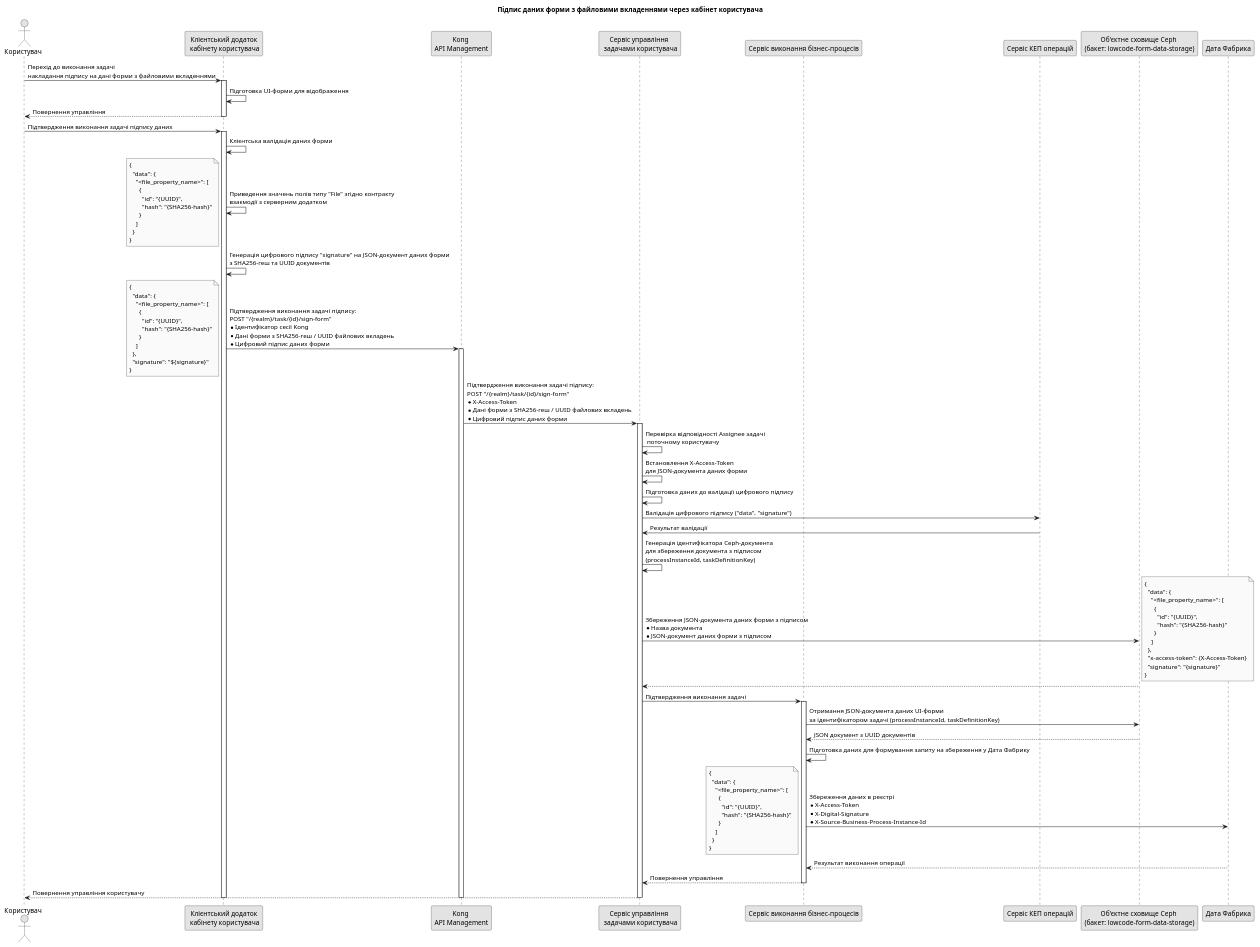
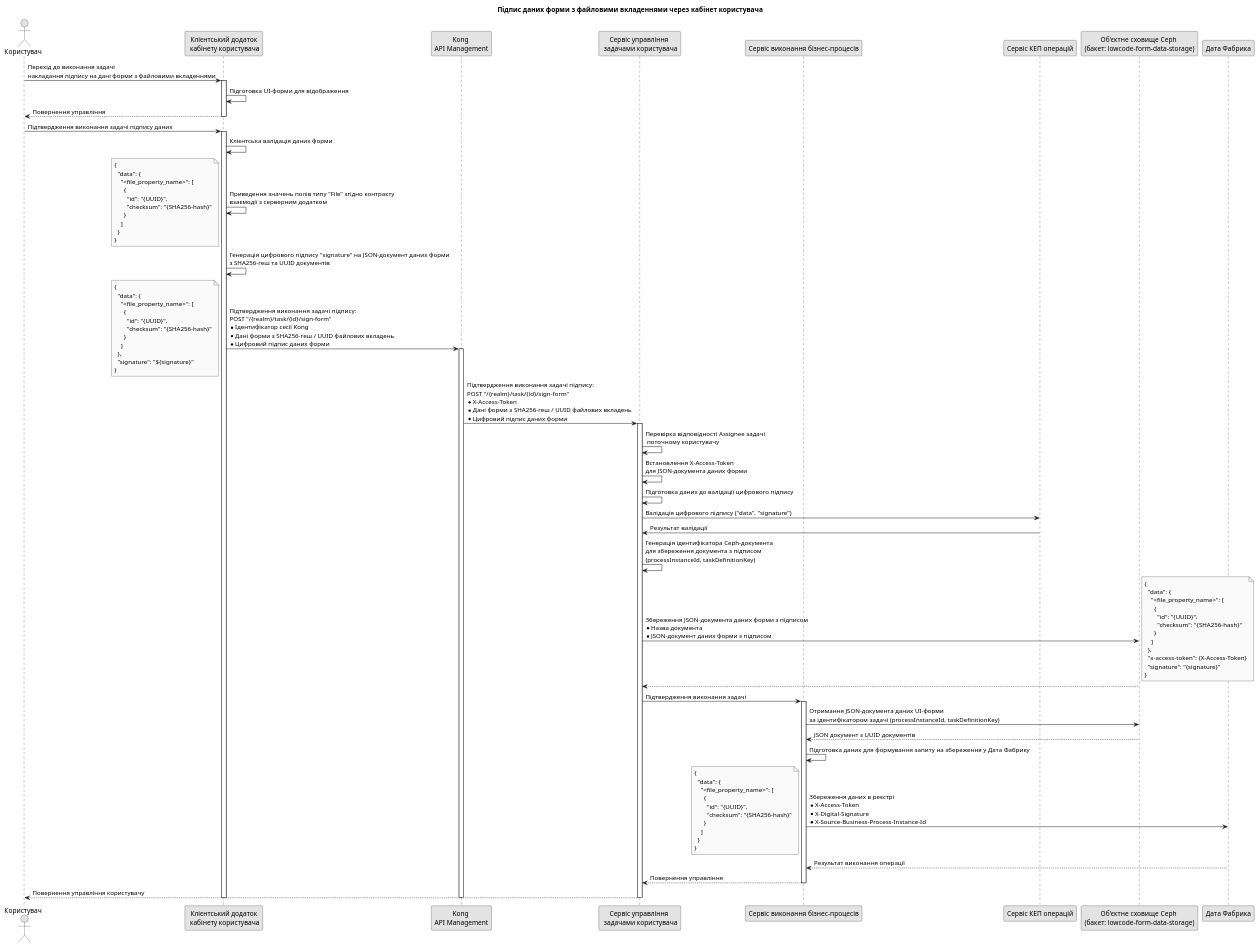
Before and after one commit to epam/edp-ddm-architecture: the diagram in modules/ROOT/partials/lowcode/file-signing.puml, drawn with PlantUML. The commit also changed 4 other files, not shown here.

```diff
--- a/modules/ROOT/partials/lowcode/file-signing.puml
+++ b/modules/ROOT/partials/lowcode/file-signing.puml
@@ -1,106 +1,106 @@
 @startuml
 skinparam monochrome true
 
 actor "Користувач" as user
 participant "Клієнтський додаток\n кабінету користувача" as cabinet
 participant "Kong \nAPI Management" as kong
 participant "Сервіс управління \n задачами користувача" as user_task_mngmnt
 participant "Сервіс виконання бізнес-процесів" as bpms
 participant "Сервіс КЕП операцій" as dso
 participant "Об'єктне сховище Ceph \n(бакет: lowcode-form-data-storage)" as form_data_ceph
 participant "Дата Фабрика" as data_factory
 
 skinparam responseMessageBelowArrow false
 title Підпис даних форми з файловими вкладеннями через кабінет користувача
 
 user -> cabinet: Перехід до виконання задачі \nнакладання підпису на дані форми з файловими вкладеннями
 activate cabinet
   cabinet -> cabinet: Підготовка UI-форми для відображення
   cabinet --> user: Повернення управління
 deactivate cabinet
 
 user -> cabinet: Підтвердження виконання задачі підпису даних
 activate cabinet
   cabinet -> cabinet: Клієнтська валідація даних форми
   cabinet -> cabinet: Приведення значень полів типу "File" згідно контракту \nвзаємодії з серверним додатком
   note left
     {
       "data": {
         "<file_property_name>": [
           {
             "id": "{UUID}",
-            "hash": "{SHA256-hash}"
+            "checksum": "{SHA256-hash}"
           }
         ]
       }
     }
   end note
   cabinet -> cabinet: Генерація цифрового підпису "signature" на JSON-документ даних форми \nз SHA256-геш та UUID документів
   cabinet -> kong: Підтвердження виконання задачі підпису: \nPOST "/{realm}/task/{id}/sign-form" \n* Ідентифікатор сесії Kong \n* Дані форми з SHA256-геш / UUID файлових вкладень\n* Цифровий підпис даних форми
   activate kong
     note left
       {
         "data": {
           "<file_property_name>": [
             {
               "id": "{UUID}",
-              "hash": "{SHA256-hash}"
+              "checksum": "{SHA256-hash}"
             }
           ]
         },
         "signature": "${signature}"
       }
     end note
     kong -> user_task_mngmnt: Підтвердження виконання задачі підпису: \nPOST "/{realm}/task/{id}/sign-form" \n* X-Access-Token \n* Дані форми з SHA256-геш / UUID файлових вкладень\n* Цифровий підпис даних форми
     activate user_task_mngmnt
       user_task_mngmnt -> user_task_mngmnt: Перевірка відповідності Assignee задачі\n поточному користувачу
       user_task_mngmnt -> user_task_mngmnt: Встановлення X-Access-Token \nдля JSON-документа даних форми
       user_task_mngmnt -> user_task_mngmnt: Підготовка даних до валідації цифрового підпису
       user_task_mngmnt -> dso: Валідація цифрового підпису ("data", "signature")
       dso -> user_task_mngmnt: Результат валідації
 
       user_task_mngmnt -> user_task_mngmnt: Генерація ідентифікатора Ceph-документа \nдля збереження документа з підписом \n(processInstanceId, taskDefinitionKey)
 
       user_task_mngmnt -> form_data_ceph: Збереження JSON-документа даних форми з підписом  \n* Назва документа \n* JSON-документ даних форми з підписом
       note right
         {
           "data": {
             "<file_property_name>": [
               {
                 "id": "{UUID}",
-                "hash": "{SHA256-hash}"
+                "checksum": "{SHA256-hash}"
               }
             ]
           },
           "x-access-token": {X-Access-Token}
           "signature": "{signature}"
         }
       end note
       form_data_ceph --> user_task_mngmnt
 
       user_task_mngmnt -> bpms: Підтвердження виконання задачі
       activate bpms
         bpms -> form_data_ceph: Отримання JSON-документа даних UI-форми \nза ідентифікатором задачі (processInstanceId, taskDefinitionKey)
         form_data_ceph --> bpms: JSON документ з UUID документів
         bpms -> bpms: Підготовка даних для формування запиту на збереження у Дата Фабрику
         bpms -> data_factory: Збереження даних в реєстрі \n* X-Access-Token \n* X-Digital-Signature \n* X-Source-Business-Process-Instance-Id
         note left
           {
             "data": {
               "<file_property_name>": [
                 {
                   "id": "{UUID}",
-                  "hash": "{SHA256-hash}"
+                  "checksum": "{SHA256-hash}"
                 }
               ]
             }
           }
         end note
         data_factory --> bpms: Результат виконання операції
       return Повернення управління
       user_task_mngmnt --> user: Повернення управління користувачу
     deactivate
   deactivate
 deactivate
 
 @enduml
```
